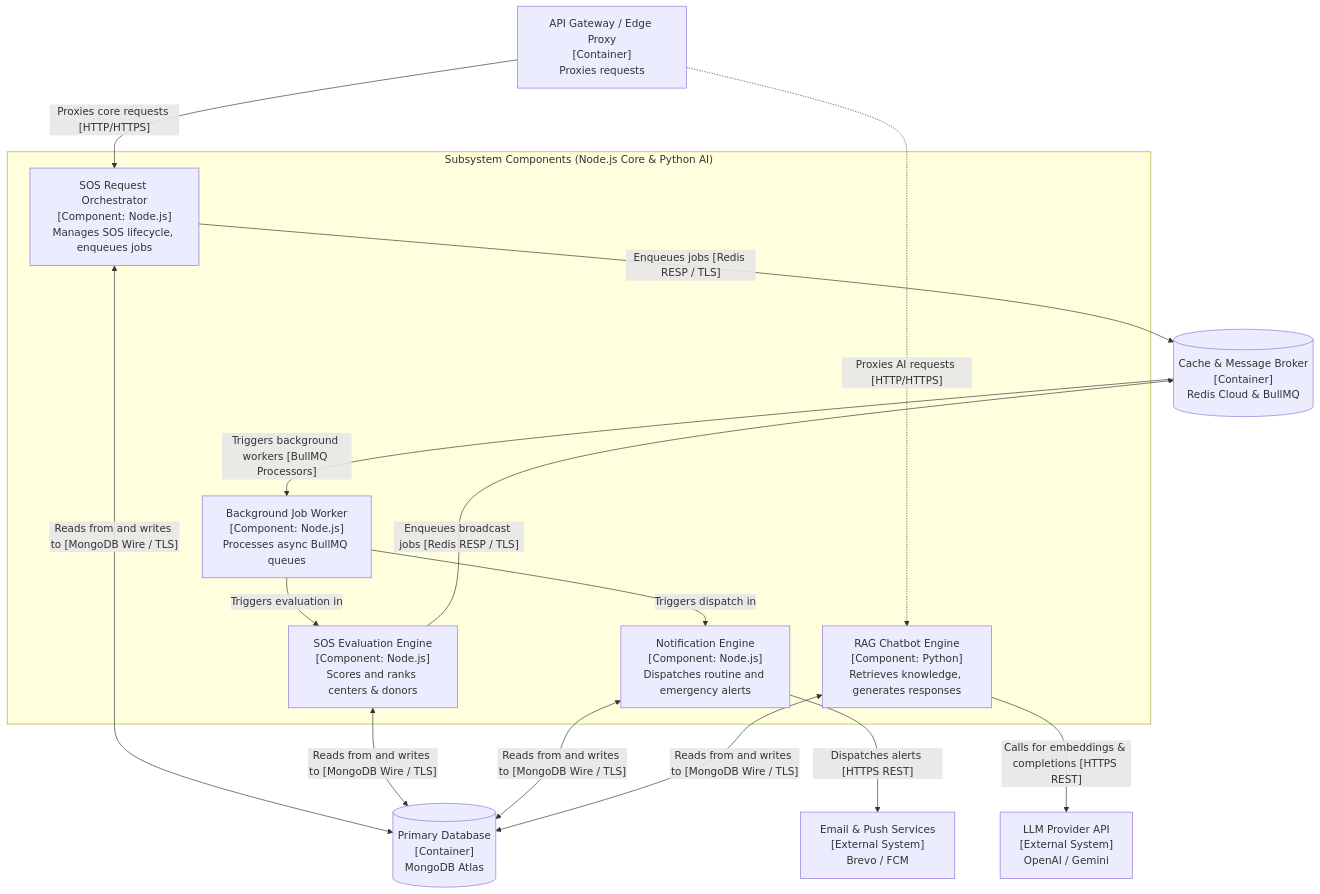
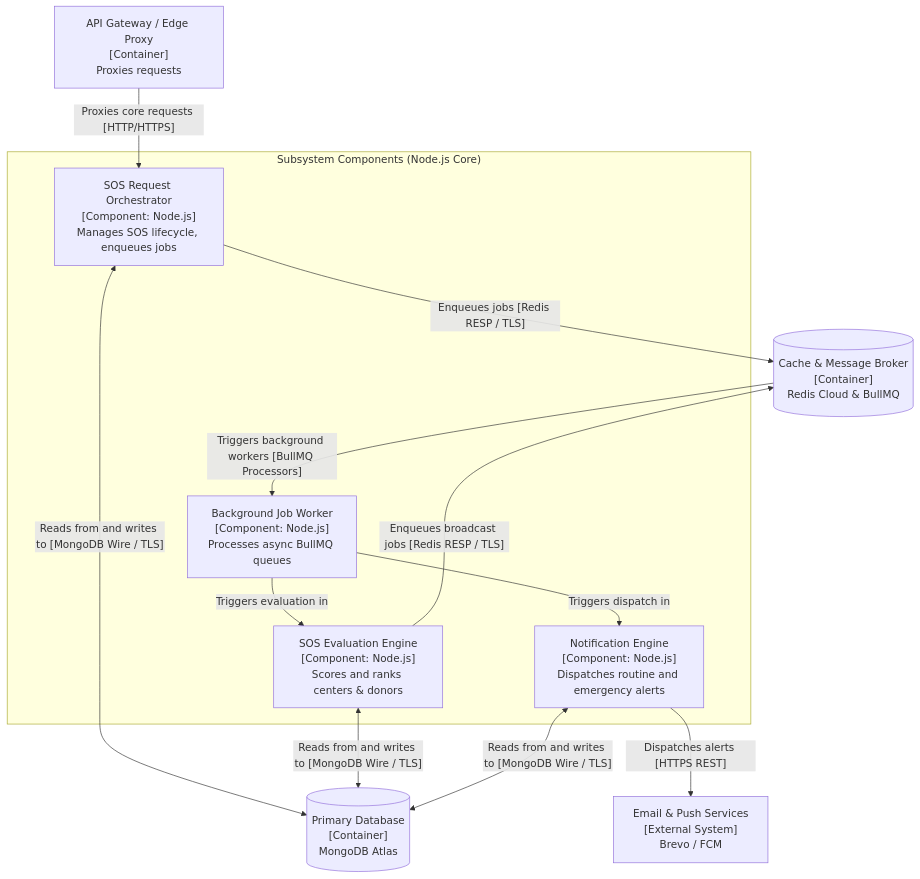
Before and after one commit to takiet2410-hub/SE-LifeLine-Project: the fifth of 7 diagrams in src/StakeholderDocuments/SoftwareArchitecture.md, drawn with Mermaid. The commit also changed other lines of this file, not shown here.

Commit message:
Update Software Architecture markdown file

````diff
--- a/src/StakeholderDocuments/SoftwareArchitecture.md
+++ b/src/StakeholderDocuments/SoftwareArchitecture.md
@@ -355,44 +358,38 @@
 ```mermaid
 flowchart TB
     %% ==========================================
     %% CONTAINERS & EXTERNAL DEPENDENCIES
     %% ==========================================
     Gateway["API Gateway / Edge Proxy<br/>[Container]<br/>Proxies requests"]
     DB[("Primary Database<br/>[Container]<br/>MongoDB Atlas")]
     Redis[("Cache & Message Broker<br/>[Container]<br/>Redis Cloud & BullMQ")]
-    LLM["LLM Provider API<br/>[External System]<br/>OpenAI / Gemini"]
     EmailPush["Email & Push Services<br/>[External System]<br/>Brevo / FCM"]
 
     %% ==========================================
     %% SUBSYSTEM COMPONENTS
     %% ==========================================
-    subgraph Subsystems ["Subsystem Components (Node.js Core & Python AI)"]
+    subgraph Subsystems ["Subsystem Components (Node.js Core)"]
         SOSOrch["SOS Request Orchestrator<br/>[Component: Node.js]<br/>Manages SOS lifecycle, enqueues jobs"]
         SOSEval["SOS Evaluation Engine<br/>[Component: Node.js]<br/>Scores and ranks centers & donors"]
         JobWorker["Background Job Worker<br/>[Component: Node.js]<br/>Processes async BullMQ queues"]
         NotifEngine["Notification Engine<br/>[Component: Node.js]<br/>Dispatches routine and emergency alerts"]
-        RAGEngine["RAG Chatbot Engine<br/>[Component: Python]<br/>Retrieves knowledge, generates responses"]
     end
 
     %% ==========================================
     %% RELATIONSHIPS
     %% ==========================================
     Gateway -->|"Proxies core requests [HTTP/HTTPS]"| SOSOrch
-    Gateway -.->|"Proxies AI requests [HTTP/HTTPS]"| RAGEngine
 
     SOSOrch <-->|"Reads from and writes to [MongoDB Wire / TLS]"| DB
     SOSOrch -->|"Enqueues jobs [Redis RESP / TLS]"| Redis
 
     Redis -->|"Triggers background workers [BullMQ Processors]"| JobWorker
     JobWorker -->|"Triggers evaluation in"| SOSEval
     JobWorker -->|"Triggers dispatch in"| NotifEngine
     
     SOSEval <-->|"Reads from and writes to [MongoDB Wire / TLS]"| DB
     SOSEval -->|"Enqueues broadcast jobs [Redis RESP / TLS]"| Redis
 
     NotifEngine -->|"Dispatches alerts [HTTPS REST]"| EmailPush
     NotifEngine <-->|"Reads from and writes to [MongoDB Wire / TLS]"| DB
-
-    RAGEngine <-->|"Reads from and writes to [MongoDB Wire / TLS]"| DB
-    RAGEngine -->|"Calls for embeddings & completions [HTTPS REST]"| LLM
 ```
````
